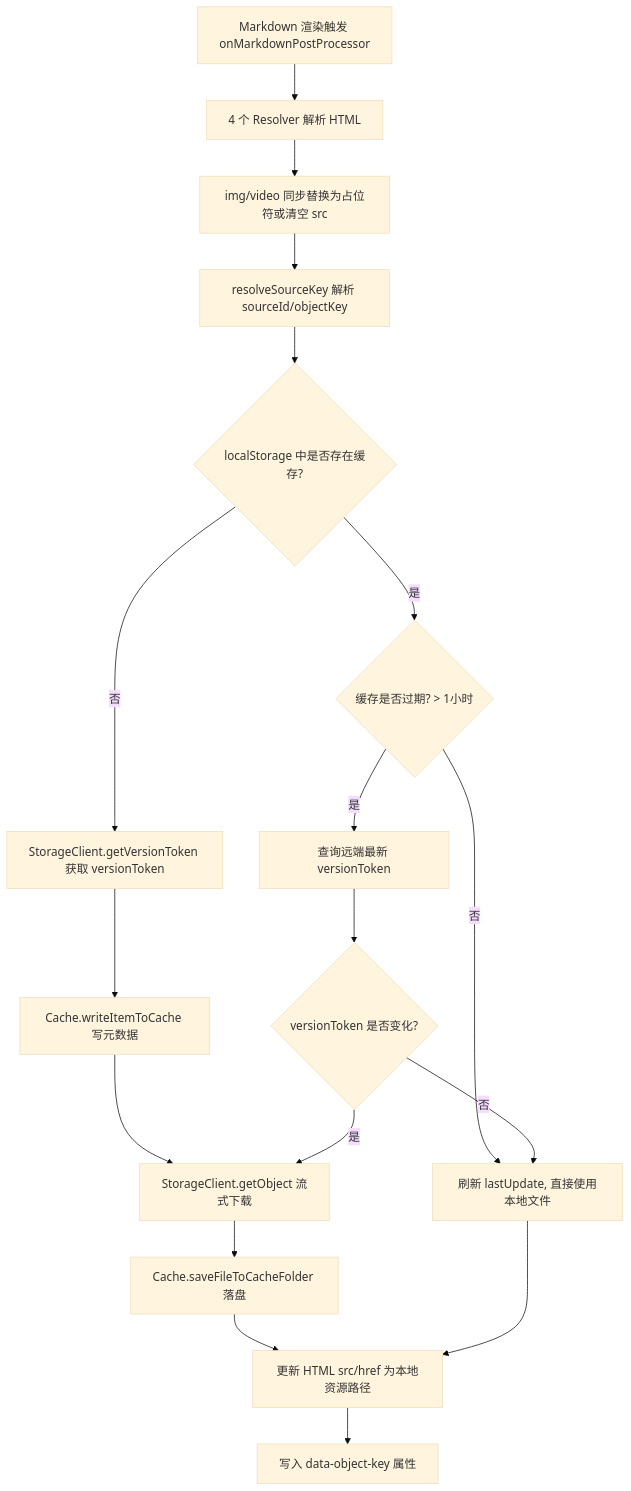
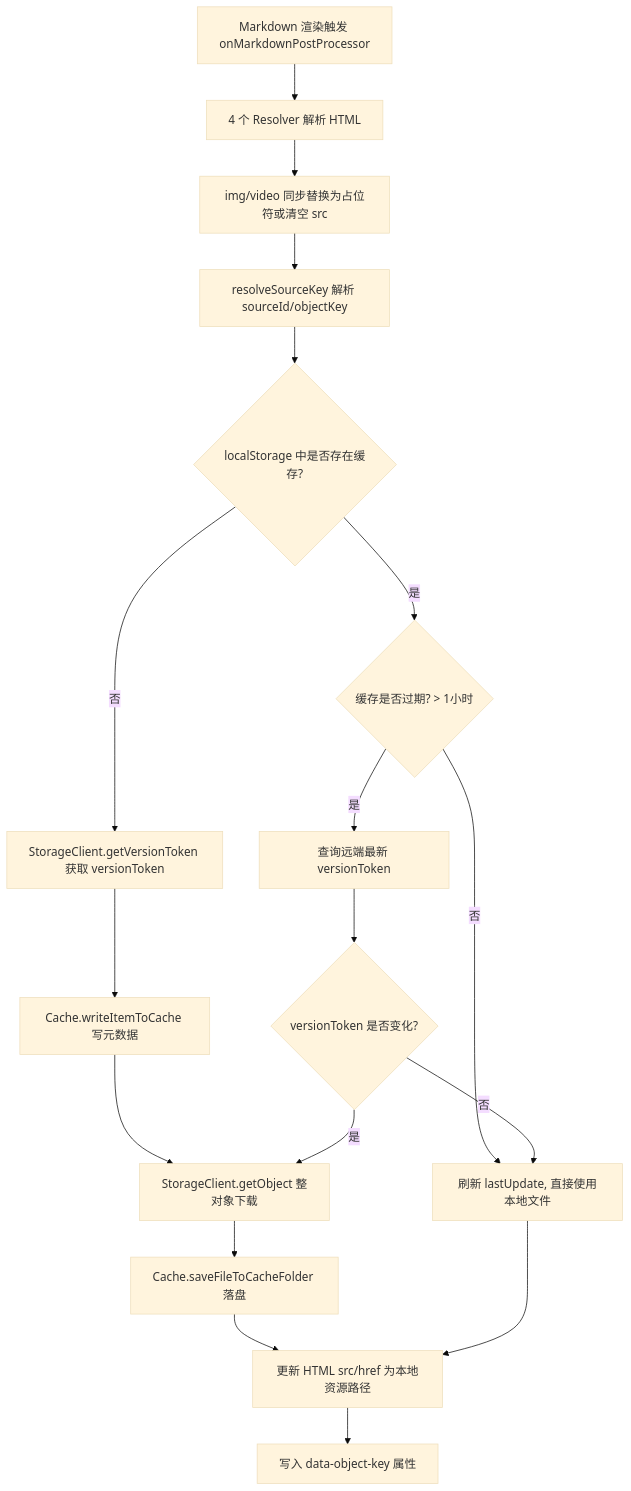
One commit to gavinzmq/obsidian-plugin-s3-link changed the first of 4 diagrams in .arcmesh/system-repo/architecture.md. Above: the diagram before and after it, drawn with Mermaid (base theme). The commit also changed other lines of this file and 25 other files, not shown here.

````diff
--- a/.arcmesh/system-repo/architecture.md
+++ b/.arcmesh/system-repo/architecture.md
@@ -140,20 +142,20 @@
 ```mermaid
 flowchart TD
     A[Markdown 渲染触发 onMarkdownPostProcessor] --> B[4 个 Resolver 解析 HTML]
     B --> B2[img/video 同步替换为占位符或清空 src]
     B2 --> C[resolveSourceKey 解析 sourceId/objectKey]
     C --> D{localStorage 中是否存在缓存?}
     D -- 否 --> E[StorageClient.getVersionToken 获取 versionToken]
     E --> F[Cache.writeItemToCache 写元数据]
-    F --> G[StorageClient.getObject 流式下载]
+    F --> G[StorageClient.getObject 整对象下载]
     G --> H[Cache.saveFileToCacheFolder 落盘]
     H --> I[更新 HTML src/href 为本地资源路径]
     D -- 是 --> J{缓存是否过期? > 1小时}
     J -- 否 --> K[刷新 lastUpdate, 直接使用本地文件]
     J -- 是 --> L[查询远端最新 versionToken]
     L --> M{versionToken 是否变化?}
     M -- 是 --> G
     M -- 否 --> K
     K --> I
     I --> N[写入 data-object-key 属性]
 ```
````
